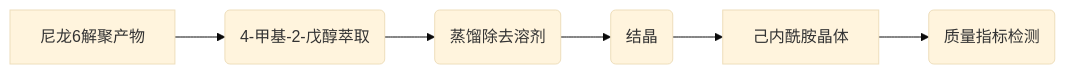
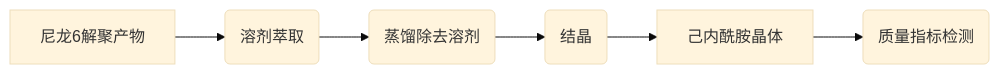
One commit to Love4Irving/papers changed the diagram in 实验计划.md. Above: the diagram before and after it, drawn with Mermaid (base theme). The commit also changed other lines of this file and 7 other files, not shown here.

````diff
--- a/实验计划.md
+++ b/实验计划.md
@@ -12,9 +14,9 @@
 ```mermaid
 graph LR
-	A[尼龙6解聚产物] --> B(4-甲基-2-戊醇萃取)
+	A[尼龙6解聚产物] --> B(溶剂萃取)
 	B --> C(蒸馏除去溶剂)
 	C --> D(结晶)
 	D --> E[己内酰胺晶体]
 	E --> F(质量指标检测)
 	
 ```
````
